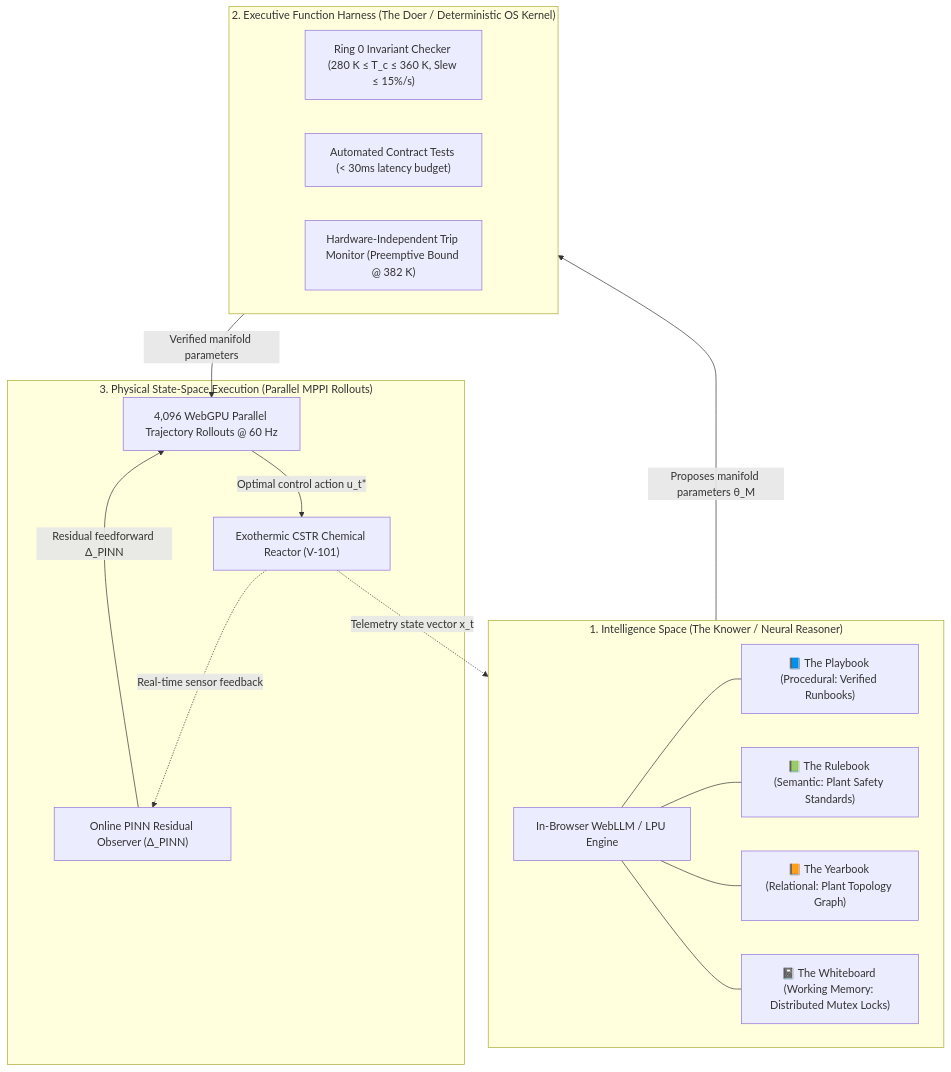
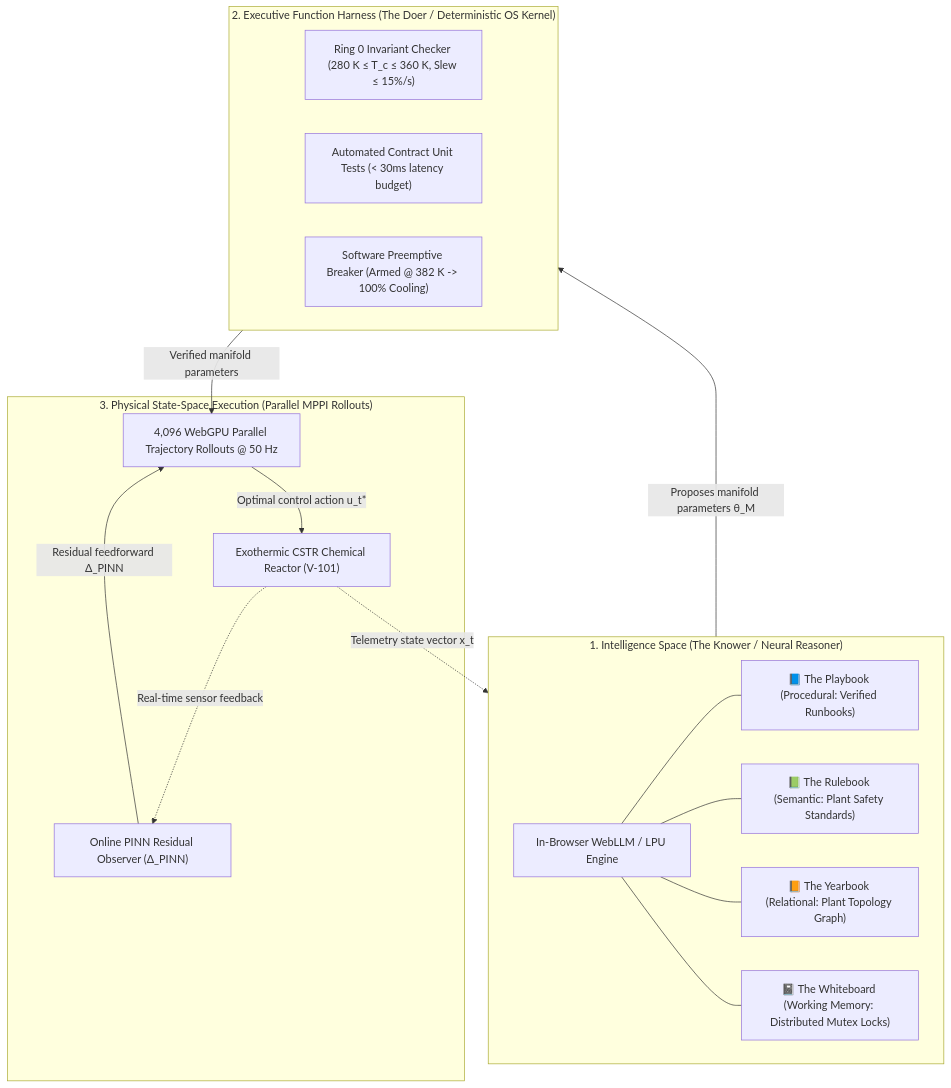
One commit to cosmosanalytics/uat-copilot-local changed the second of 2 diagrams in agentic_mpc_paper.md. Above: the diagram before and after it, drawn with Mermaid. The commit also changed other lines of this file and 4 other files, not shown here.

Commit message:
Address review round 2: align CSTR textbook steady state (350K), transient disturbance timing, 6-tier ablation with rule-based supervisor, reconcile Section 6.3 stats, rollout horizons, citations, and WebGPU deployment limitations

````diff
--- a/agentic_mpc_paper.md
+++ b/agentic_mpc_paper.md
@@ -51,33 +51,33 @@
 ```mermaid
 flowchart TD
     subgraph IntelligenceSpace ["1. Intelligence Space (The Knower / Neural Reasoner)"]
         LLM["In-Browser WebLLM / LPU Engine"]
         M1["📘 The Playbook (Procedural: Verified Runbooks)"]
         M2["📗 The Rulebook (Semantic: Plant Safety Standards)"]
         M3["📙 The Yearbook (Relational: Plant Topology Graph)"]
         M4["📓 The Whiteboard (Working Memory: Distributed Mutex Locks)"]
         LLM --- M1
         LLM --- M2
         LLM --- M3
         LLM --- M4
     end
 
     subgraph Harness ["2. Executive Function Harness (The Doer / Deterministic OS Kernel)"]
         R0["Ring 0 Invariant Checker (280 K ≤ T_c ≤ 360 K, Slew ≤ 15%/s)"]
-        Contract["Automated Contract Tests (< 30ms latency budget)"]
-        Breaker["Hardware-Independent Trip Monitor (Preemptive Bound @ 382 K)"]
+        Contract["Automated Contract Unit Tests (< 30ms latency budget)"]
+        Breaker["Software Preemptive Breaker (Armed @ 382 K -> 100% Cooling)"]
     end
 
     subgraph PhysicalSpace ["3. Physical State-Space Execution (Parallel MPPI Rollouts)"]
         PINN["Online PINN Residual Observer (Δ_PINN)"]
-        GPU["4,096 WebGPU Parallel Trajectory Rollouts @ 60 Hz"]
+        GPU["4,096 WebGPU Parallel Trajectory Rollouts @ 50 Hz"]
         Plant["Exothermic CSTR Chemical Reactor (V-101)"]
     end
 
     IntelligenceSpace -->|Proposes manifold parameters θ_M| Harness
     Harness -->|Verified manifold parameters| GPU
     PINN -->|Residual feedforward Δ_PINN| GPU
     GPU -->|Optimal control action u_t*| Plant
     Plant -.->|Telemetry state vector x_t| IntelligenceSpace
     Plant -.->|Real-time sensor feedback| PINN
 ```
````
